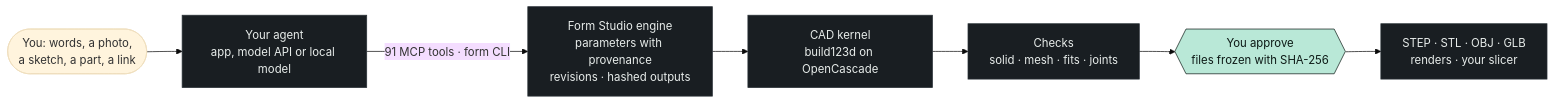
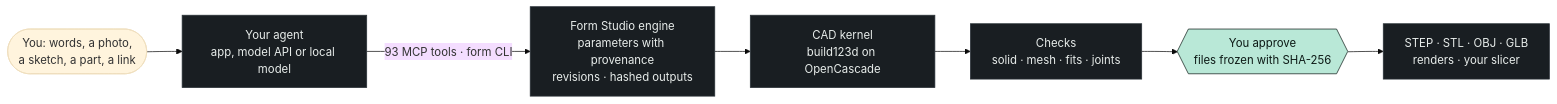
The diagram in README.md (kaizensx/form-studio), drawn with Mermaid (base theme) before and after one commit. The commit also changed other lines of this file and 17 other files, not shown here.

````diff
--- a/README.md
+++ b/README.md
@@ -53,13 +53,13 @@
 ```mermaid
 flowchart LR
   you(["You: words, a photo,<br/>a sketch, a part, a link"]) --> agent["Your agent<br/>app, model API or local model"]
-  agent -- "91 MCP tools · form CLI" --> engine["Form Studio engine<br/>parameters with provenance<br/>revisions · hashed outputs"]
+  agent -- "93 MCP tools · form CLI" --> engine["Form Studio engine<br/>parameters with provenance<br/>revisions · hashed outputs"]
   engine --> kernel["CAD kernel<br/>build123d on OpenCascade"]
   kernel --> checks["Checks<br/>solid · mesh · fits · joints"]
   checks --> release{{"You approve<br/>files frozen with SHA-256"}}
   release --> out["STEP · STL · OBJ · GLB<br/>renders · your slicer"]
   classDef datum fill:#b9e8d7,stroke:#0d1a16,color:#0d1a16
   classDef plate fill:#191e22,stroke:#2a3238,color:#e8edeb
   class release datum
   class agent,engine,kernel,checks,out plate
 ```
````
